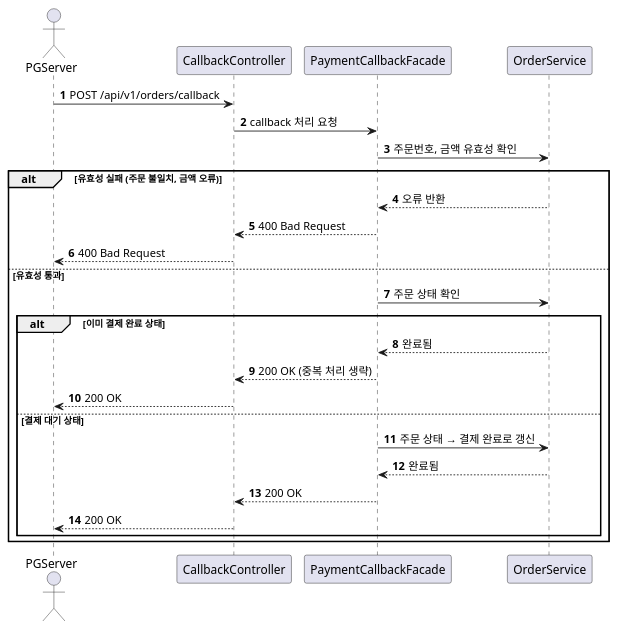
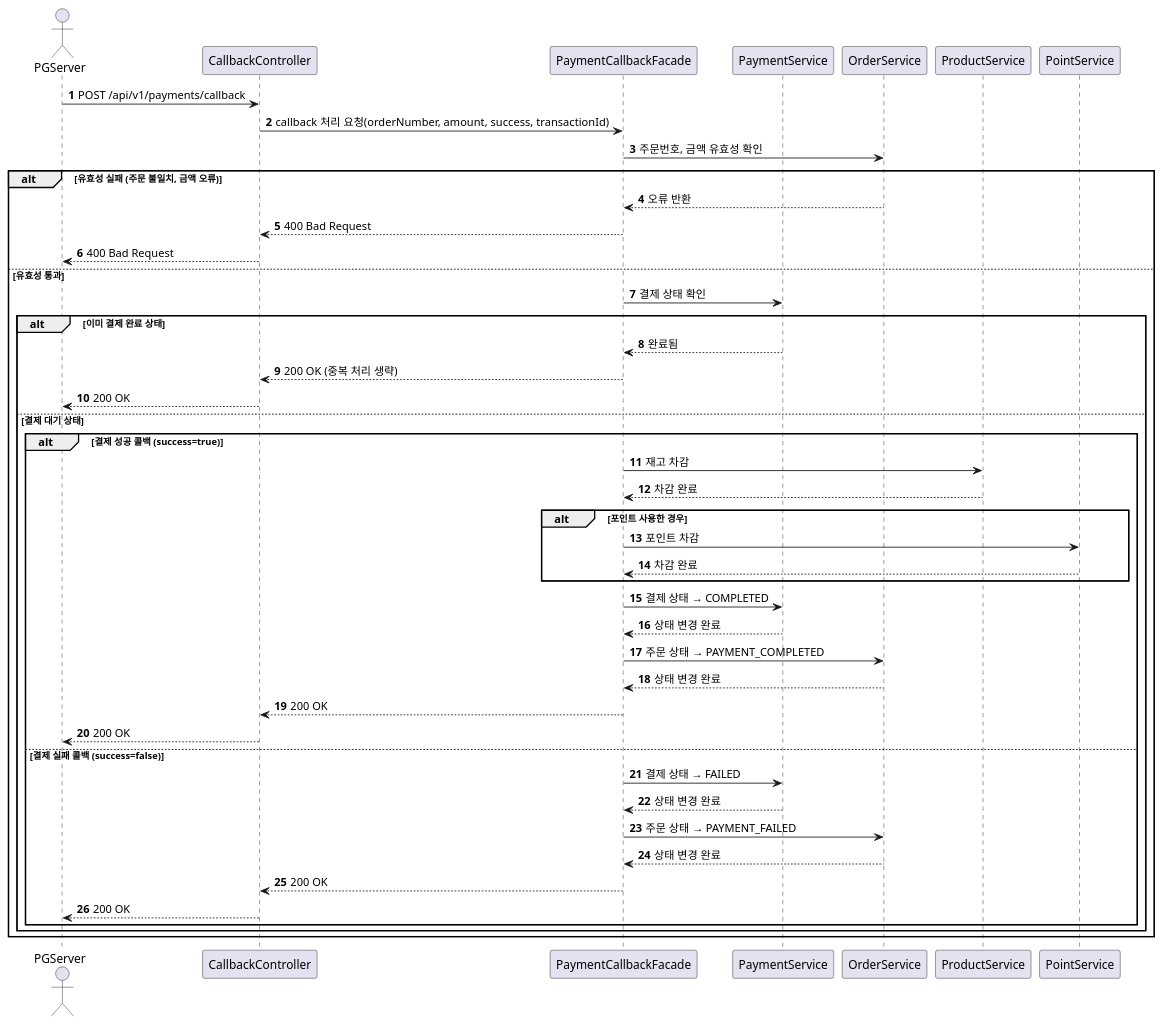
Before and after one commit to Loopers-dev-lab/loopers-spring-java-template: the diagram in docs/design/sequence/PaymentCallBack.puml, drawn with PlantUML. The commit also changed 14 other files, not shown here.

```diff
--- a/docs/design/sequence/PaymentCallBack.puml
+++ b/docs/design/sequence/PaymentCallBack.puml
@@ -1,32 +1,59 @@
 @startuml
 'https://plantuml.com/sequence-diagram
 
 autonumber
 
 actor PGServer
 participant CallbackController
 participant PaymentCallbackFacade
+participant PaymentService
 participant OrderService
+participant ProductService
+participant PointService
 
-PGServer -> CallbackController : POST /api/v1/orders/callback
-CallbackController -> PaymentCallbackFacade : callback 처리 요청
+PGServer -> CallbackController : POST /api/v1/payments/callback
+CallbackController -> PaymentCallbackFacade : callback 처리 요청(orderNumber, amount, success, transactionId)
 
 PaymentCallbackFacade -> OrderService : 주문번호, 금액 유효성 확인
 alt 유효성 실패 (주문 불일치, 금액 오류)
     OrderService --> PaymentCallbackFacade : 오류 반환
     PaymentCallbackFacade --> CallbackController : 400 Bad Request
     CallbackController --> PGServer : 400 Bad Request
 else 유효성 통과
-    PaymentCallbackFacade -> OrderService : 주문 상태 확인
+    PaymentCallbackFacade -> PaymentService : 결제 상태 확인
     alt 이미 결제 완료 상태
-        OrderService --> PaymentCallbackFacade : 완료됨
+        PaymentService --> PaymentCallbackFacade : 완료됨
         PaymentCallbackFacade --> CallbackController : 200 OK (중복 처리 생략)
         CallbackController --> PGServer : 200 OK
     else 결제 대기 상태
-        PaymentCallbackFacade -> OrderService : 주문 상태 → 결제 완료로 갱신
-        OrderService --> PaymentCallbackFacade : 완료됨
-        PaymentCallbackFacade --> CallbackController : 200 OK
-        CallbackController --> PGServer : 200 OK
+        alt 결제 성공 콜백 (success=true)
+            PaymentCallbackFacade -> ProductService : 재고 차감
+            ProductService --> PaymentCallbackFacade : 차감 완료
+            
+            alt 포인트 사용한 경우
+                PaymentCallbackFacade -> PointService : 포인트 차감
+                PointService --> PaymentCallbackFacade : 차감 완료
+            end
+            
+            PaymentCallbackFacade -> PaymentService : 결제 상태 → COMPLETED
+            PaymentService --> PaymentCallbackFacade : 상태 변경 완료
+            
+            PaymentCallbackFacade -> OrderService : 주문 상태 → PAYMENT_COMPLETED
+            OrderService --> PaymentCallbackFacade : 상태 변경 완료
+            
+            PaymentCallbackFacade --> CallbackController : 200 OK
+            CallbackController --> PGServer : 200 OK
+            
+        else 결제 실패 콜백 (success=false)
+            PaymentCallbackFacade -> PaymentService : 결제 상태 → FAILED
+            PaymentService --> PaymentCallbackFacade : 상태 변경 완료
+            
+            PaymentCallbackFacade -> OrderService : 주문 상태 → PAYMENT_FAILED
+            OrderService --> PaymentCallbackFacade : 상태 변경 완료
+            
+            PaymentCallbackFacade --> CallbackController : 200 OK
+            CallbackController --> PGServer : 200 OK
+        end
     end
 end
 @enduml
```
